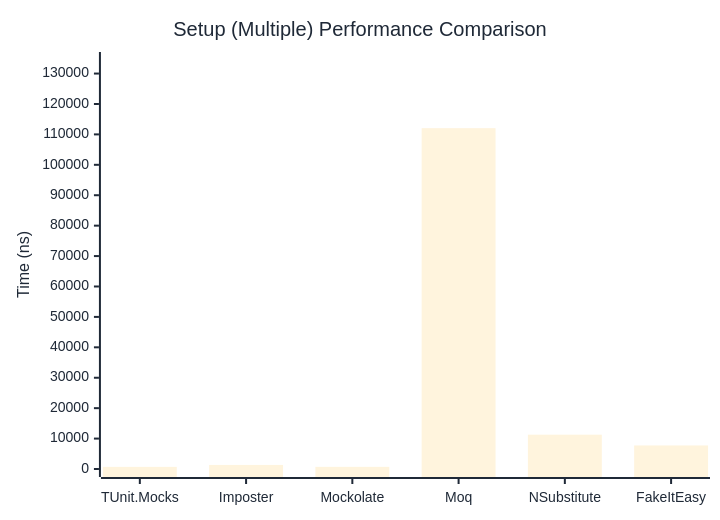
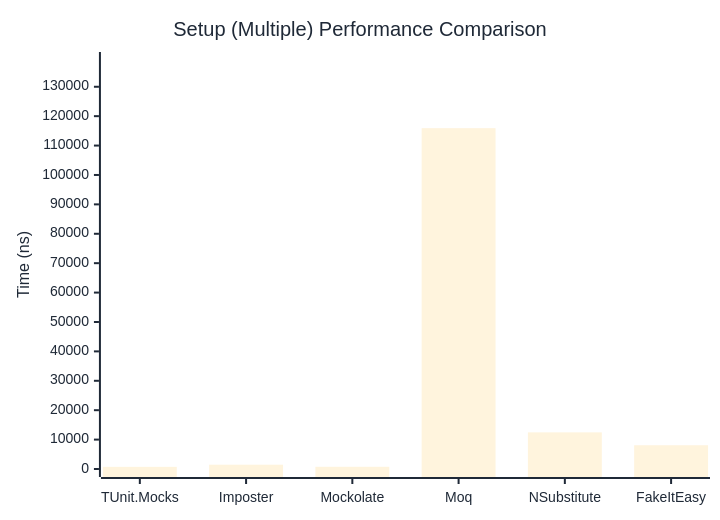
Before and after one commit to thomhurst/TUnit: the second of 2 diagrams in docs/docs/benchmarks/mocks/Setup.md, drawn with Mermaid. The commit also changed other lines of this file and 14 other files, not shown here.

````diff
--- a/docs/docs/benchmarks/mocks/Setup.md
+++ b/docs/docs/benchmarks/mocks/Setup.md
@@ -69,27 +69,27 @@
 ```mermaid
 %%{init: {
   'theme':'base',
   'themeVariables': {
     'primaryColor': '#2563eb',
     'primaryTextColor': '#1f2937',
     'primaryBorderColor': '#1e40af',
     'lineColor': '#6b7280',
     'secondaryColor': '#7c3aed',
     'tertiaryColor': '#dc2626',
     'background': '#ffffff',
     'pie1': '#2563eb',
     'pie2': '#7c3aed',
     'pie3': '#dc2626',
     'pie4': '#f59e0b',
     'pie5': '#10b981',
     'pie6': '#06b6d4',
     'pie7': '#ec4899',
     'pie8': '#6366f1'
   }
 }}%%
 xychart-beta
   title "Setup (Multiple) Performance Comparison"
   x-axis ["TUnit.Mocks", "Imposter", "Mockolate", "Moq", "NSubstitute", "FakeItEasy"]
-  y-axis "Time (ns)" 0 --> 134456
-  bar [698.3, 1335.4, 703.4, 112046.5, 11281.6, 7747.7]
+  y-axis "Time (ns)" 0 --> 139100
+  bar [734.1, 1464.1, 747.3, 115916.3, 12457.4, 8081.1]
 ```
````
